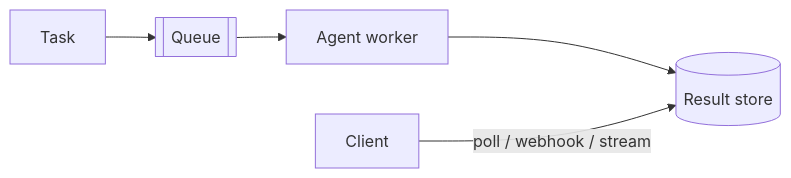
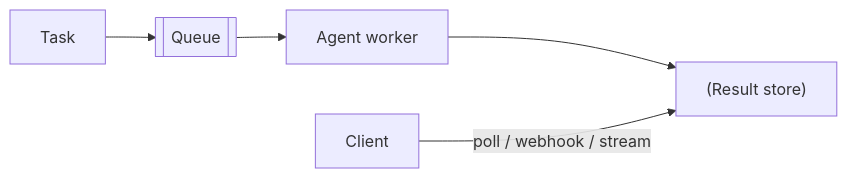
The third of 5 diagrams in files/Agentic-AI/18-deploying-agents-to-production.md (pankajThakur1874/studysheet), drawn with Mermaid before and after one commit. The commit also changed other lines of this file and 102 other files, not shown here.

Commit message:
Auto-fix Mermaid diagram syntax across all study guides to prevent Syntax Error in Mermaid v10

````diff
--- a/files/Agentic-AI/18-deploying-agents-to-production.md
+++ b/files/Agentic-AI/18-deploying-agents-to-production.md
@@ -50,6 +50,6 @@
 ```mermaid
 flowchart LR
     Req[Task] --> Q[[Queue]] --> Wk[Agent worker]
-    Wk --> Store[(Result store)]
+    Wk --> Store["(Result store)"]
     Client[Client] -->|poll / webhook / stream| Store
 ```
````
